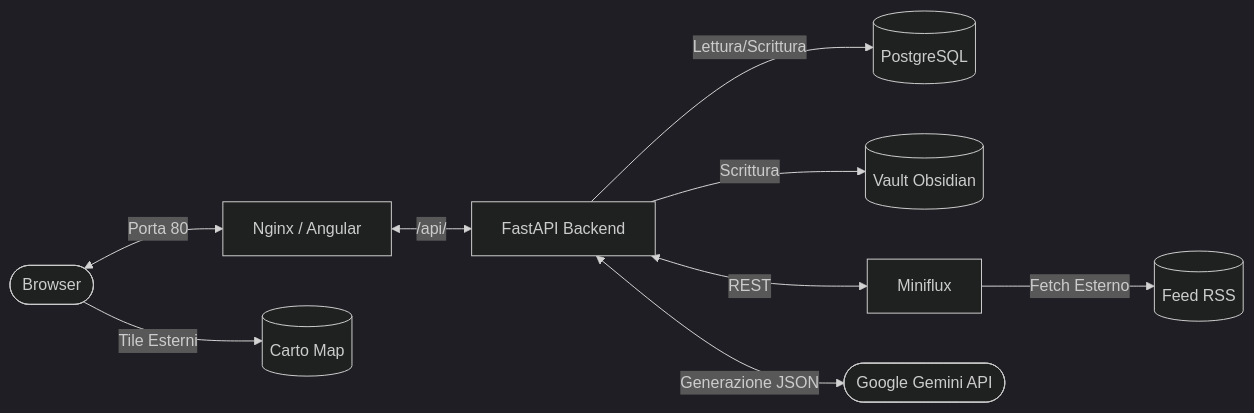
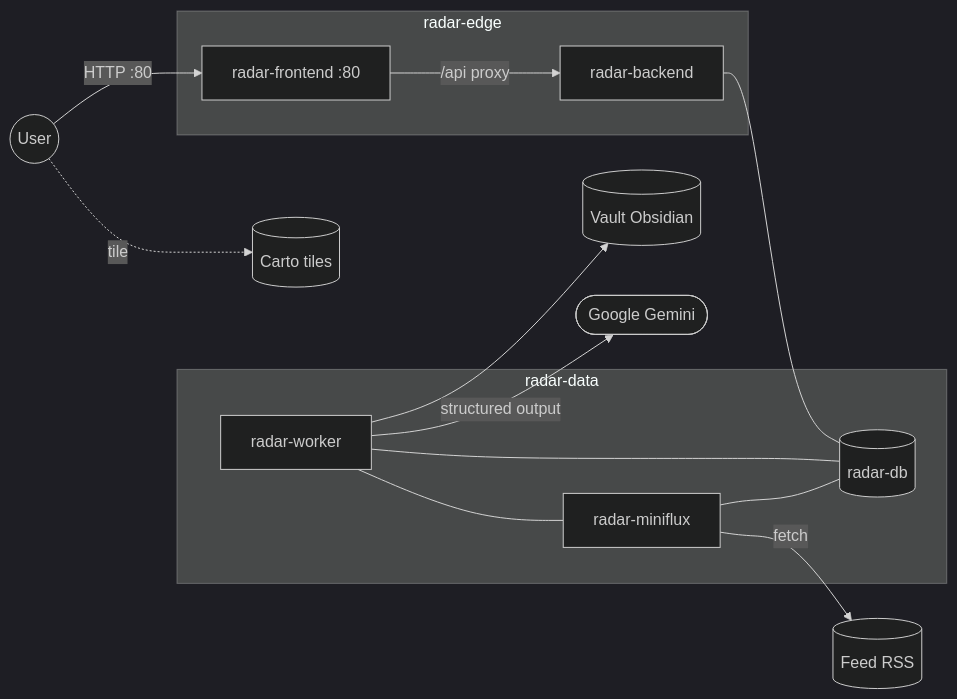
One commit to JiraaG/Intelligence-Dashboard changed the diagram in README.md. Above: the diagram before and after it, drawn with Mermaid (dark theme). The commit also changed other lines of this file and 23 other files, not shown here.

````diff
--- a/README.md
+++ b/README.md
@@ -20,15 +37,27 @@
 ```mermaid
 flowchart LR
-    Browser([Browser]) <-->|Porta 80| Nginx[Nginx / Angular]
-    Browser -->|Tile Esterni| Carto[(Carto Map)]
-    
-    Nginx <-->|/api/| FastAPI[FastAPI Backend]
-    
-    FastAPI -->|Lettura/Scrittura| PG[(PostgreSQL)]
-    FastAPI -->|Scrittura| Vault[(Vault Obsidian)]
-    
-    FastAPI <-->|REST| Miniflux[Miniflux]
-    Miniflux -->|Fetch Esterno| RSS[(Feed RSS)]
-    
-    FastAPI <-->|Generazione JSON| Gemini([Google Gemini API])
+  User((User))
+  subgraph edge["radar-edge"]
+    FE[radar-frontend :80]
+    API[radar-backend]
+  end
+  subgraph dataNet["radar-data"]
+    W[radar-worker]
+    DB[(radar-db)]
+    MF[radar-miniflux]
+  end
+  Vault[(Vault Obsidian)]
+  Gemini([Google Gemini])
+  Carto[(Carto tiles)]
+  RSS[(Feed RSS)]
+  User -->|HTTP :80| FE
+  User -.->|tile| Carto
+  FE -->|/api proxy| API
+  API --- DB
+  W --- DB
+  W --- MF
+  W -->|structured output| Gemini
+  W --> Vault
+  MF --- DB
+  MF -->|fetch| RSS
 ```
````
